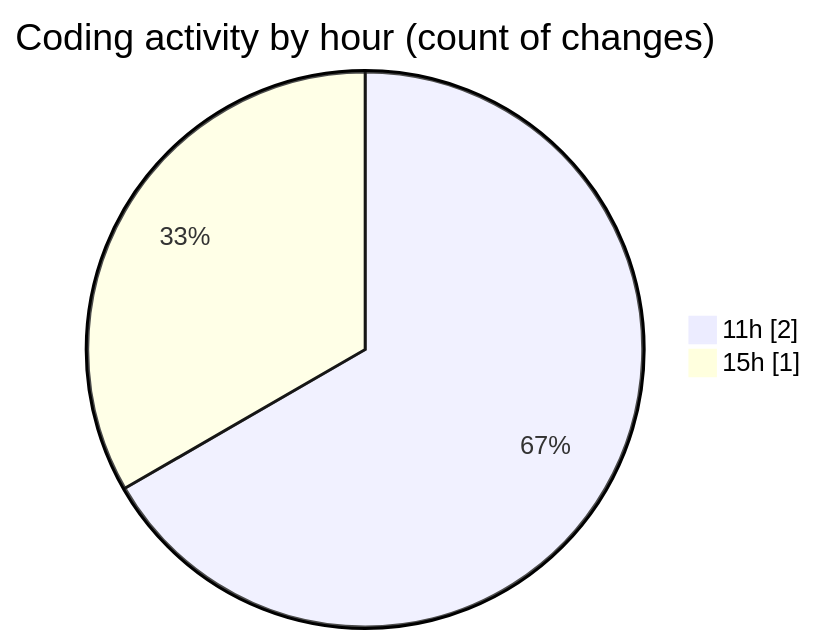
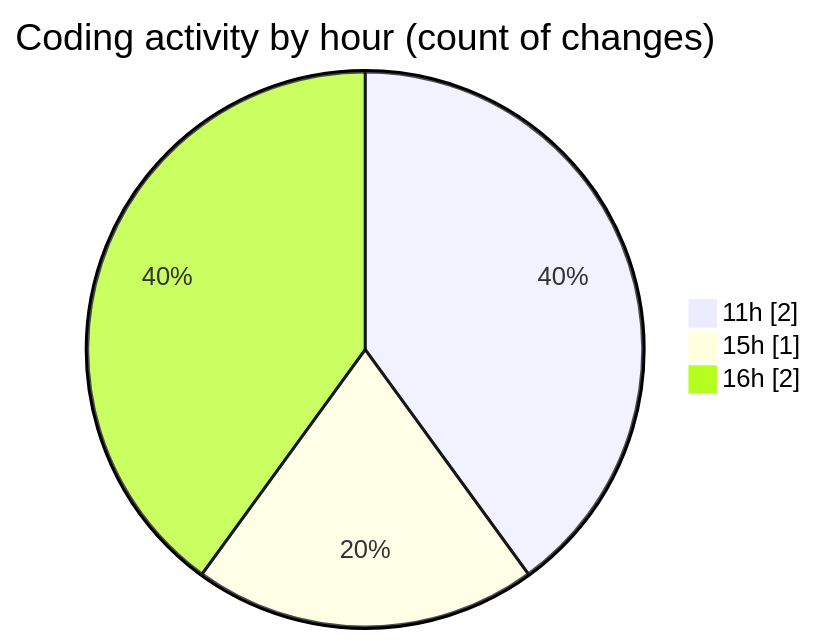
One commit to nxtqubesakshisongat/code-tracking changed the second of 2 diagrams in 2026-08-09/nxtqube_webapp/README.md. Above: the diagram before and after it, drawn with Mermaid. The commit also changed other lines of this file and 1 other file, not shown here.

````diff
--- a/2026-08-09/nxtqube_webapp/README.md
+++ b/2026-08-09/nxtqube_webapp/README.md
@@ -28,6 +29,7 @@
 ```mermaid
 pie showData
 title Coding activity by hour (count of changes)
 "11h" : 2
 "15h" : 1
+"16h" : 2
 ```
````
